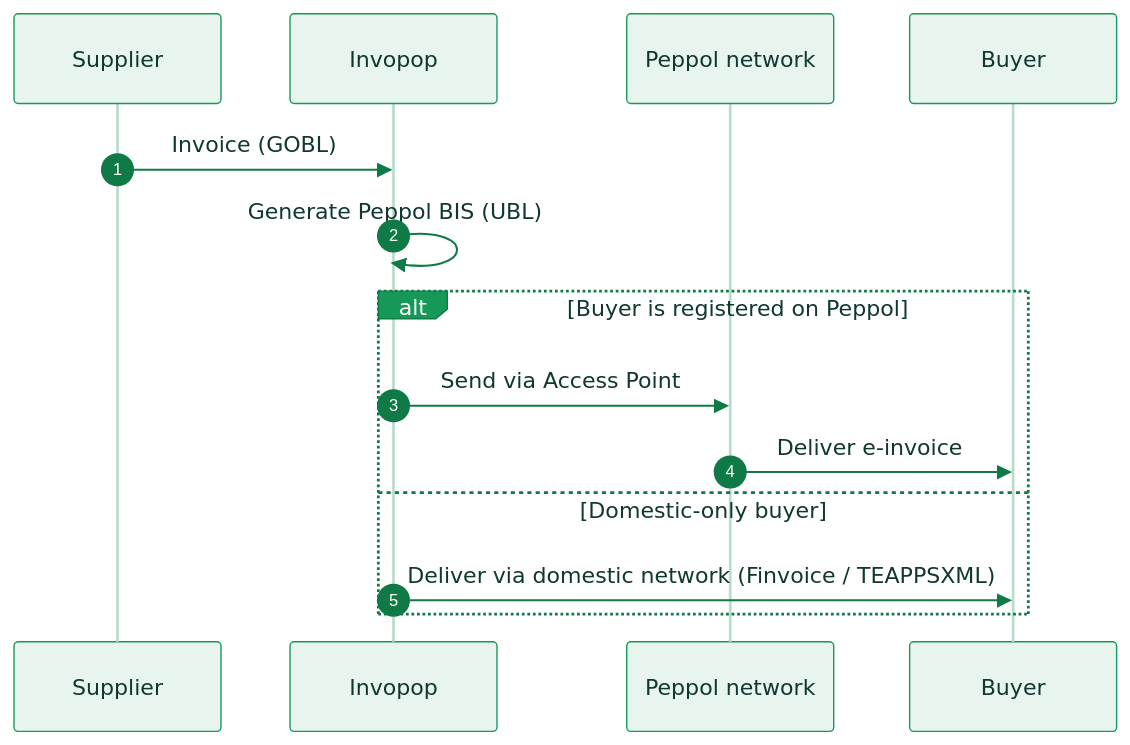
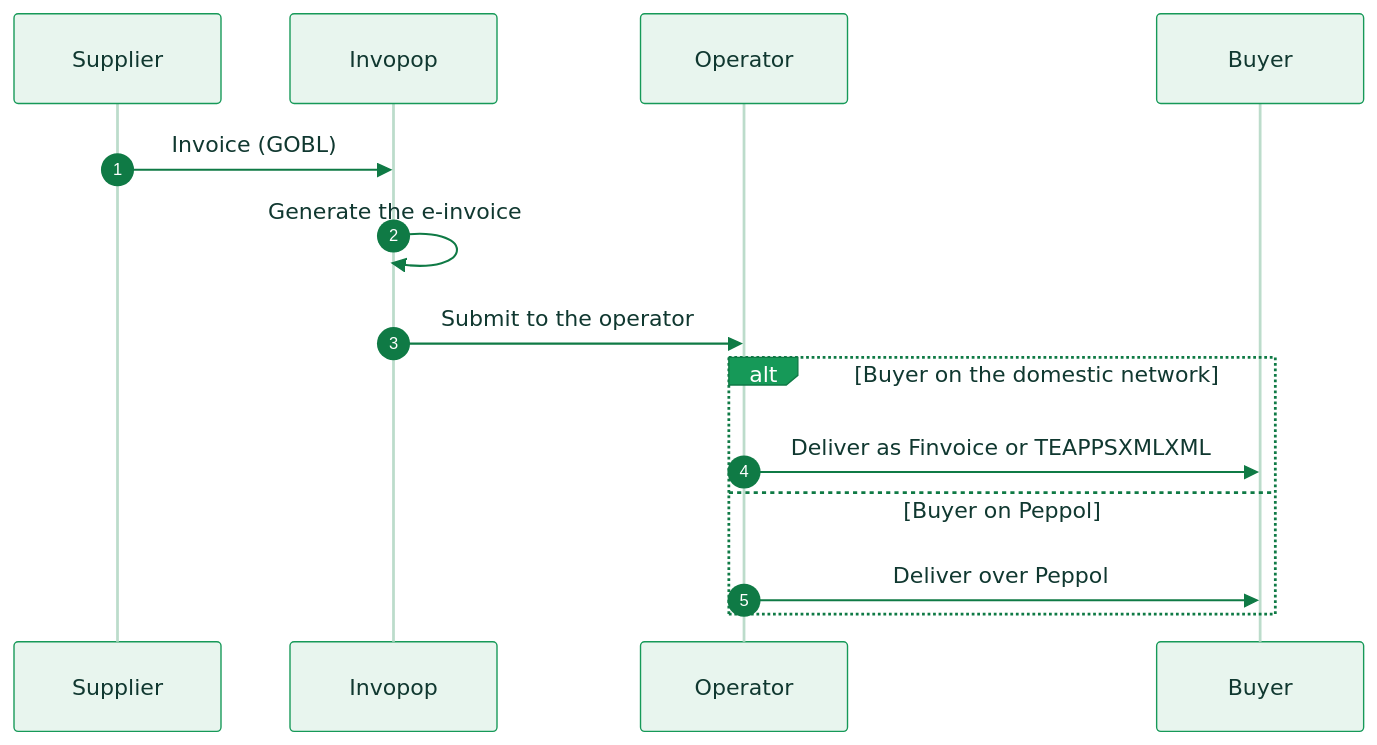
The diagram in compliance/finland.mdx (invopop/docs.invopop.com), drawn with Mermaid before and after one commit. The commit also changed other lines of this file and 39 other files, not shown here.

````diff
--- a/compliance/finland.mdx
+++ b/compliance/finland.mdx
@@ -41,17 +41,17 @@
 ```mermaid actions={false}
 %%{init: {'theme':'base','themeVariables':{'actorBkg':'#e8f5ee','actorBorder':'#169958','actorTextColor':'#103830','actorLineColor':'#bcdccb','signalColor':'#0f7a45','signalTextColor':'#103830','noteBkgColor':'#ffffff','noteBorderColor':'#169958','noteTextColor':'#103830','labelBoxBkgColor':'#169958','labelBoxBorderColor':'#0f7a45','labelTextColor':'#ffffff','sequenceNumberColor':'#ffffff'}}}%%
 sequenceDiagram
     autonumber
     participant S as Supplier
     participant IV as Invopop
-    participant P as Peppol network
+    participant AX as Operator
     participant B as Buyer
     S->>IV: Invoice (GOBL)
-    IV->>IV: Generate Peppol BIS (UBL)
-    alt Buyer is registered on Peppol
-        IV->>P: Send via Access Point
-        P->>B: Deliver e-invoice
-    else Domestic-only buyer
-        IV->>B: Deliver via domestic network (Finvoice / TEAPPSXML)
+    IV->>IV: Generate the e-invoice
+    IV->>AX: Submit to the operator
+    alt Buyer on the domestic network
+        AX->>B: Deliver as Finvoice or TEAPPSXMLXML
+    else Buyer on Peppol
+        AX->>B: Deliver over Peppol
     end
 ```
````
